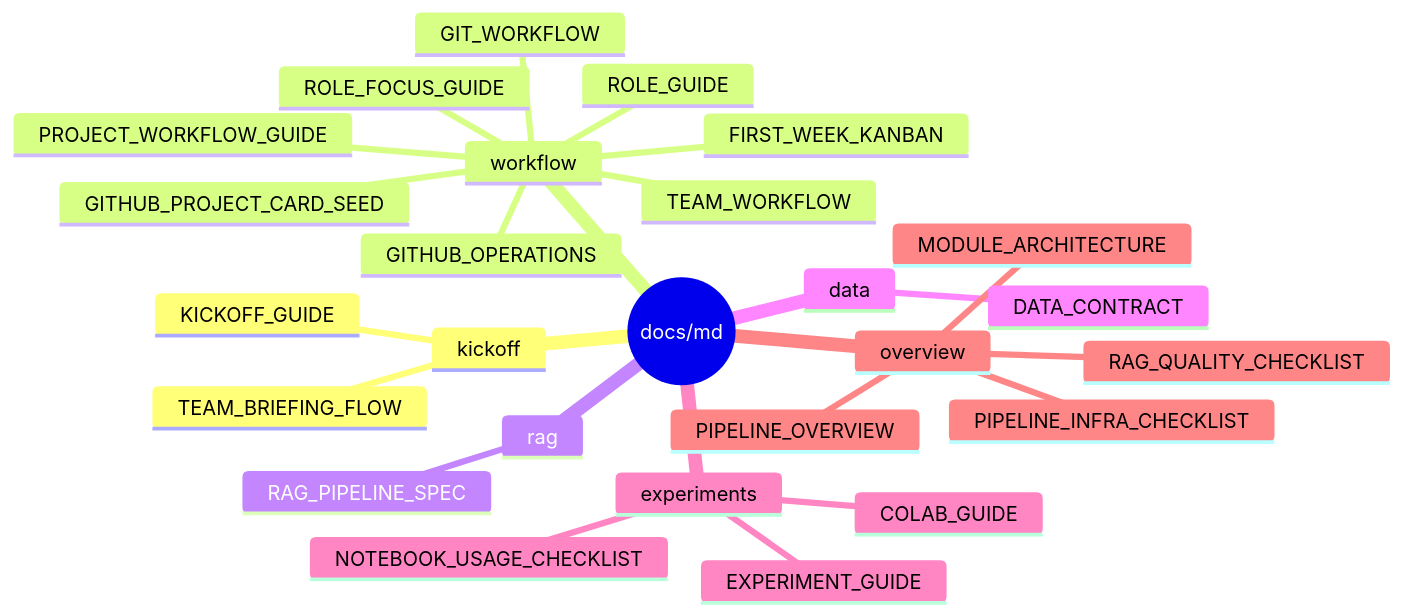
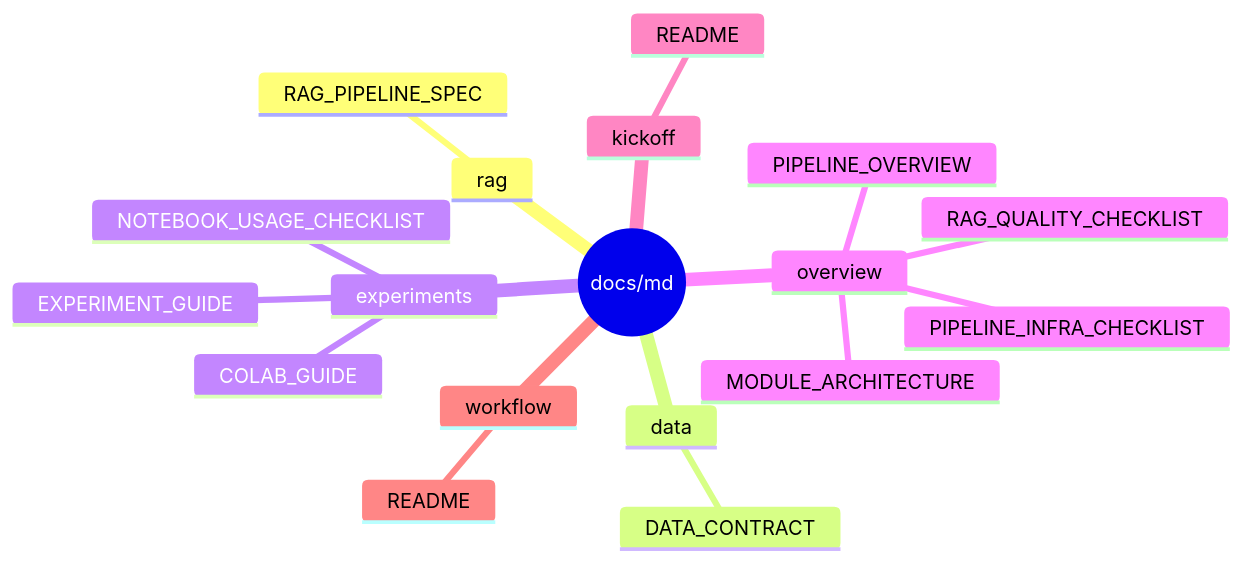
Before and after one commit to Codeit-Part3-6Team/Codeit-Part3-6Team-Project: the diagram in docs/md/README.md, drawn with Mermaid. The commit also changed other lines of this file and 33 other files, not shown here.

````diff
--- a/docs/md/README.md
+++ b/docs/md/README.md
@@ -19,29 +9,21 @@
 ```mermaid
 mindmap
   root((docs/md))
-    kickoff
-      TEAM_BRIEFING_FLOW
-      KICKOFF_GUIDE
-    workflow
-      PROJECT_WORKFLOW_GUIDE
-      ROLE_FOCUS_GUIDE
-      GITHUB_OPERATIONS
-      FIRST_WEEK_KANBAN
-      GIT_WORKFLOW
-      TEAM_WORKFLOW
-      ROLE_GUIDE
-      GITHUB_PROJECT_CARD_SEED
     rag
       RAG_PIPELINE_SPEC
     data
       DATA_CONTRACT
     experiments
       EXPERIMENT_GUIDE
       COLAB_GUIDE
       NOTEBOOK_USAGE_CHECKLIST
     overview
       PIPELINE_OVERVIEW
       MODULE_ARCHITECTURE
       PIPELINE_INFRA_CHECKLIST
       RAG_QUALITY_CHECKLIST
+    kickoff
+      README
+    workflow
+      README
 ```
````
